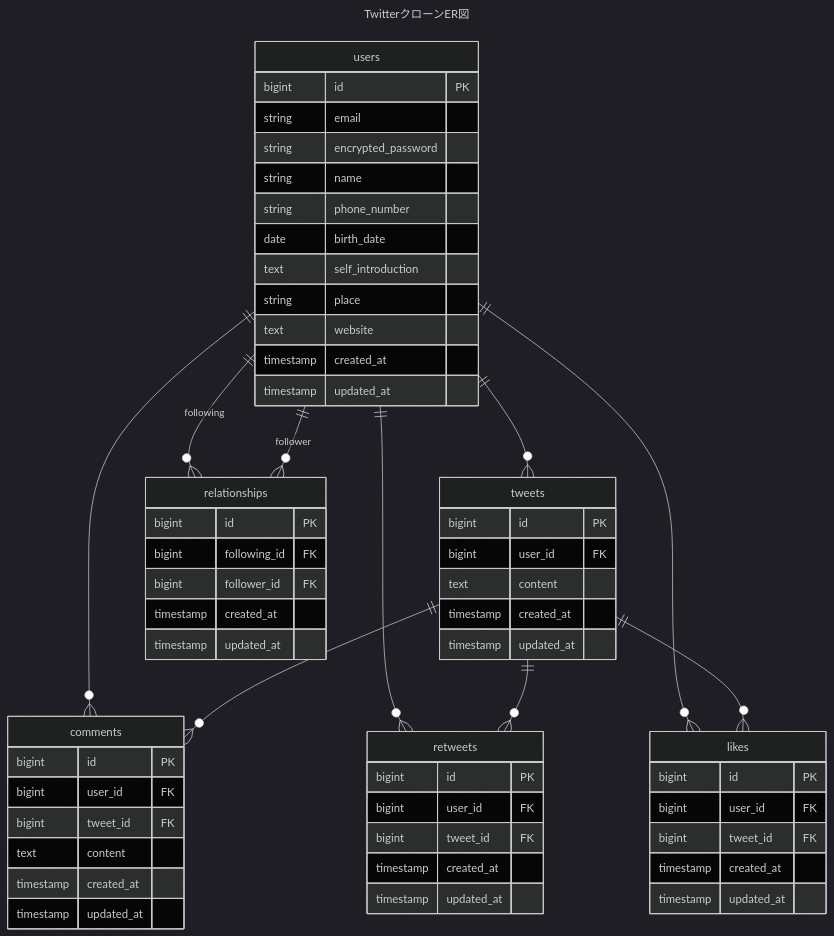
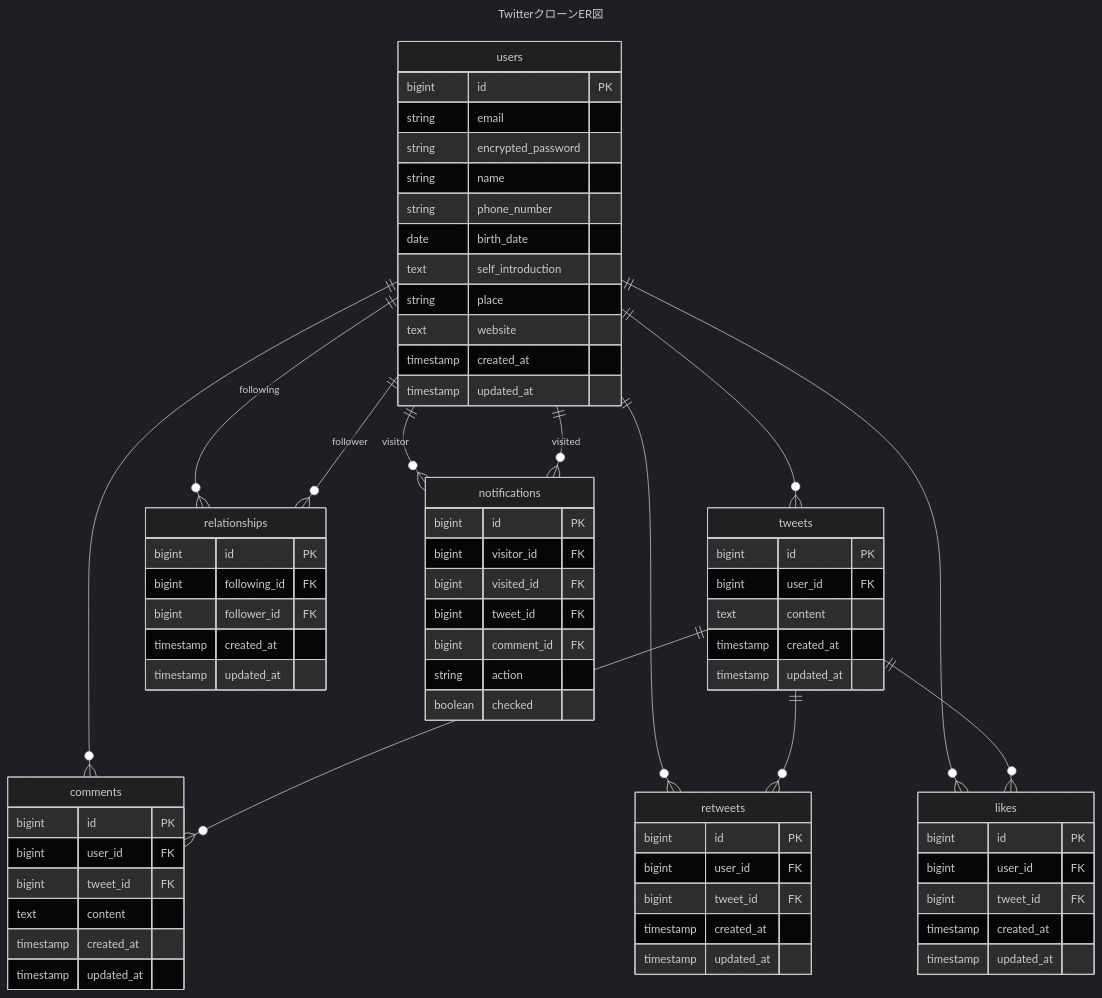
The diagram in README.md (jin-hatanaka/twitter_clone), drawn with Mermaid (dark theme) before and after one commit.

````diff
--- a/README.md
+++ b/README.md
@@ -28,71 +28,83 @@
 ```mermaid
 ---
 title: "TwitterクローンER図"
 ---
 erDiagram
     users ||--o{ tweets : ""
     users ||--o{ relationships : "following"
     users ||--o{ relationships : "follower"
     users ||--o{ comments : ""
     tweets ||--o{ comments : ""
     users ||--o{ retweets : ""
     tweets ||--o{ retweets : ""
     users ||--o{ likes : ""
     tweets ||--o{ likes : ""
+    users ||--o{ notifications : "visitor"
+    users ||--o{ notifications : "visited"
 
     users {
         bigint id PK
         string email
         string encrypted_password
         string name
         string phone_number
         date birth_date
         text self_introduction
         string place
         text website
         timestamp created_at
         timestamp updated_at
     }
 
     tweets {
         bigint id PK
         bigint user_id FK
         text content
         timestamp created_at
         timestamp updated_at
     }
 
     relationships {
         bigint id PK
         bigint following_id FK
         bigint follower_id FK
         timestamp created_at
         timestamp updated_at
     }
 
     comments {
         bigint id PK
         bigint user_id FK
         bigint tweet_id FK
         text content
         timestamp created_at
         timestamp updated_at
     }
 
     retweets {
         bigint id PK
         bigint user_id FK
         bigint tweet_id FK
         timestamp created_at
         timestamp updated_at
     }
 
     likes {
         bigint id PK
         bigint user_id FK
         bigint tweet_id FK
         timestamp created_at
         timestamp updated_at
     }
 
+    notifications {
+        bigint id PK
+        bigint visitor_id FK
+        bigint visited_id FK
+        bigint tweet_id FK
+        bigint comment_id FK
+        string action
+        boolean checked
+    }
+
 ```
````
